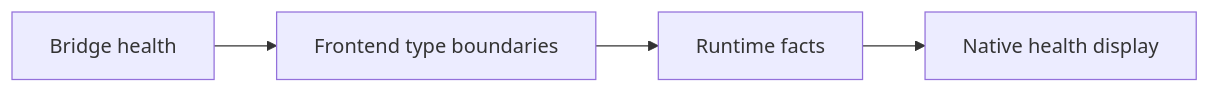
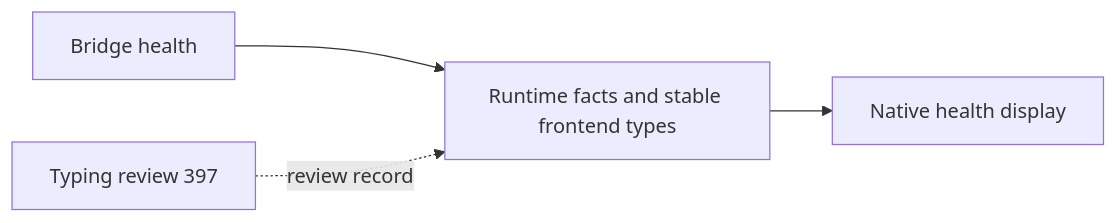
The fourth of 4 diagrams in libs/compose-apps/docs/111526-app-health-decisions.md (Cutuy/doramcap), drawn with Mermaid before and after one commit. The commit also changed other lines of this file, not shown here.

Commit message:
docs: retain typing review record with buildable runtime layer

````diff
--- a/libs/compose-apps/docs/111526-app-health-decisions.md
+++ b/libs/compose-apps/docs/111526-app-health-decisions.md
@@ -78,4 +78,5 @@
 ```mermaid
 flowchart LR
-  A[Bridge health] --> B[Frontend type boundaries] --> C[Runtime facts] --> D[Native health display]
+  A[Bridge health] --> B[Runtime facts and stable frontend types] --> C[Native health display]
+  R[Typing review 397] -. review record .-> B
 ```
````
